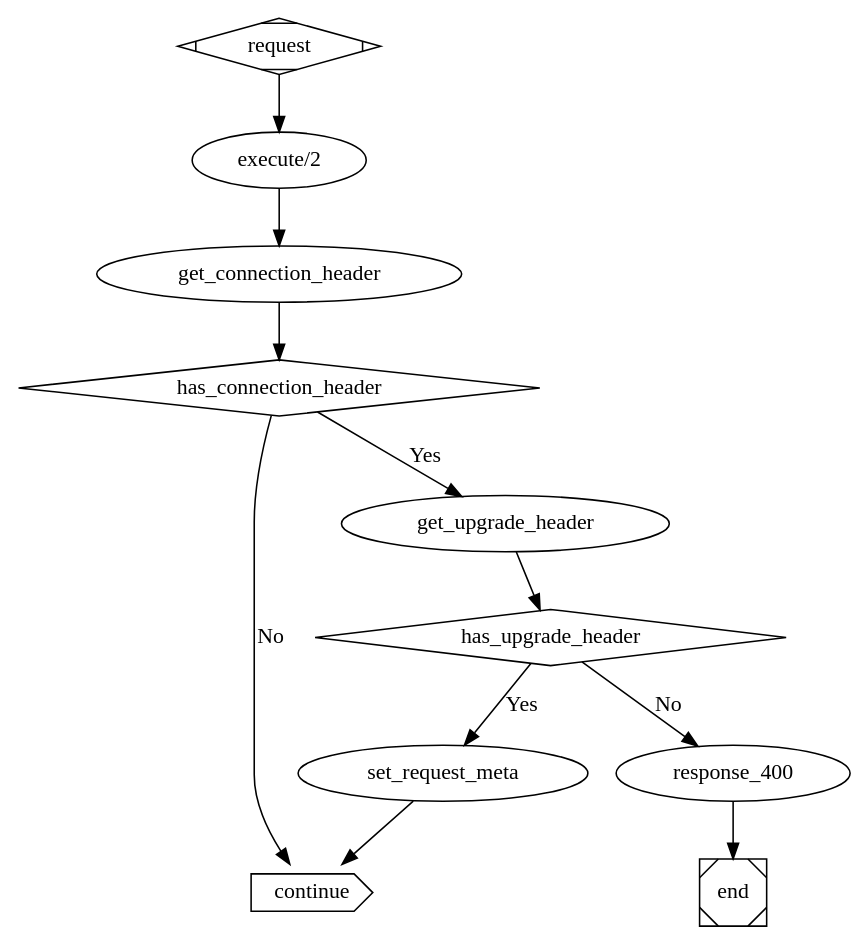
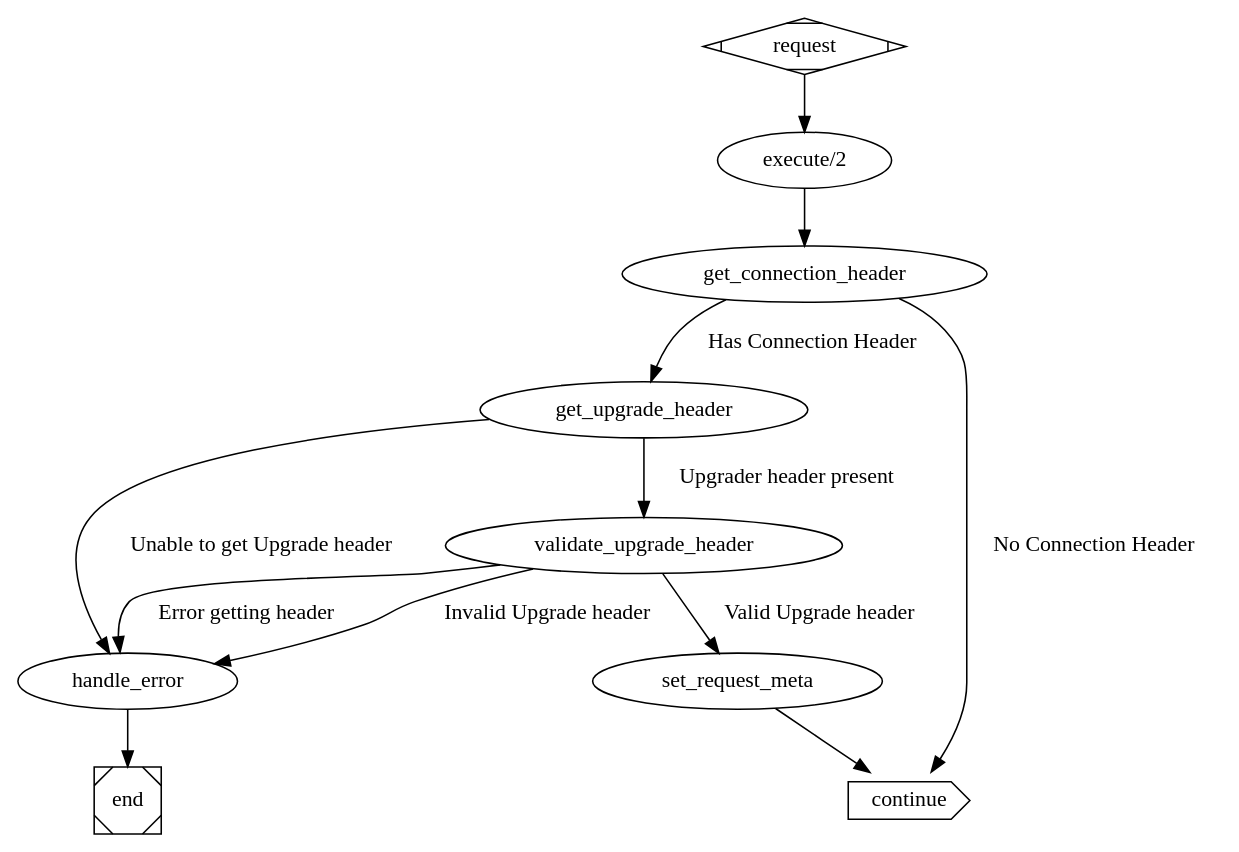
One commit to heroku/vegur changed the diagram in doc/vegur_upgrade_middleware.dot. Above: the diagram before and after it, drawn with Graphviz.

Commit message:
Update vegur_upgrade_middleware to reflect changes in Vegur.

```diff
--- a/doc/vegur_upgrade_middleware.dot
+++ b/doc/vegur_upgrade_middleware.dot
@@ -1,20 +1,22 @@
 digraph vegur_upgrade_middleware {
         request [shape=Mdiamond];
-        has_connection_header [shape=diamond];
-        has_upgrade_header [shape=diamond];
         execute [label="execute/2"]
         request -> execute;
         execute -> get_connection_header;
+
+        get_connection_header -> get_upgrade_header [label="Has Connection Header"];
+        get_connection_header -> continue [label="No Connection Header"];
         
-        get_connection_header -> has_connection_header;
-        has_connection_header -> continue [label="No"];
-        has_connection_header -> get_upgrade_header [label="Yes"];
+        get_upgrade_header -> handle_error [label="Unable to get Upgrade header"];
+        get_upgrade_header -> validate_upgrade_header [label="Upgrader header present"];
 
-        get_upgrade_header -> has_upgrade_header;
-        has_upgrade_header -> set_request_meta [label="Yes"];
-        has_upgrade_header -> response_400 [label="No"];
+        validate_upgrade_header -> set_request_meta [label="Valid Upgrade header"];
+        validate_upgrade_header -> handle_error [label="Error getting header"];
+        validate_upgrade_header -> handle_error [label="Invalid Upgrade header"];
+
+        handle_error -> end;
         set_request_meta -> continue;
         continue [shape=cds];
-        response_400 -> end;
+        
         end [shape=Msquare];
 }
```
